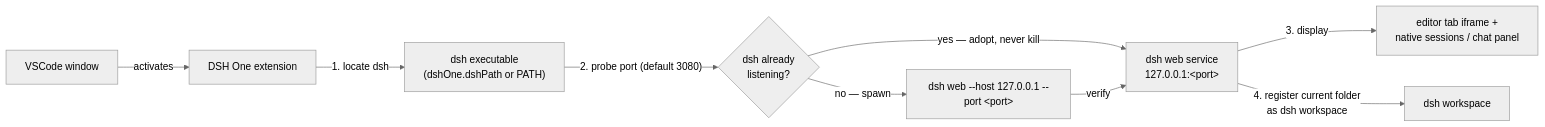
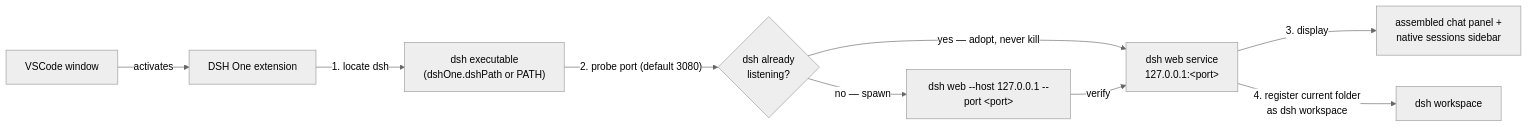
Before and after one commit to imchangchang/dsh-one: the diagram in README.md, drawn with Mermaid (neutral theme). The commit also changed other lines of this file and 6 other files, not shown here.

````diff
--- a/README.md
+++ b/README.md
@@ -66,11 +59,11 @@
 ```mermaid
 flowchart LR
   VS["VSCode window"] -->|"activates"| EXT["DSH One extension"]
   EXT -->|"1. locate dsh"| DSH["dsh executable<br/>(dshOne.dshPath or PATH)"]
   DSH -->|"2. probe port (default 3080)"| PROBE{"dsh already<br/>listening?"}
   PROBE -->|"yes — adopt, never kill"| SRV["dsh web service<br/>127.0.0.1:&lt;port&gt;"]
   PROBE -->|"no — spawn"| SPAWN["dsh web --host 127.0.0.1 --port &lt;port&gt;"]
   SPAWN -->|"verify"| SRV
-  SRV -->|"3. display"| UI["editor tab iframe +<br/>native sessions / chat panel"]
+  SRV -->|"3. display"| UI["assembled chat panel +<br/>native sessions sidebar"]
   SRV -->|"4. register current folder<br/>as dsh workspace"| WS["dsh workspace"]
 ```
````
